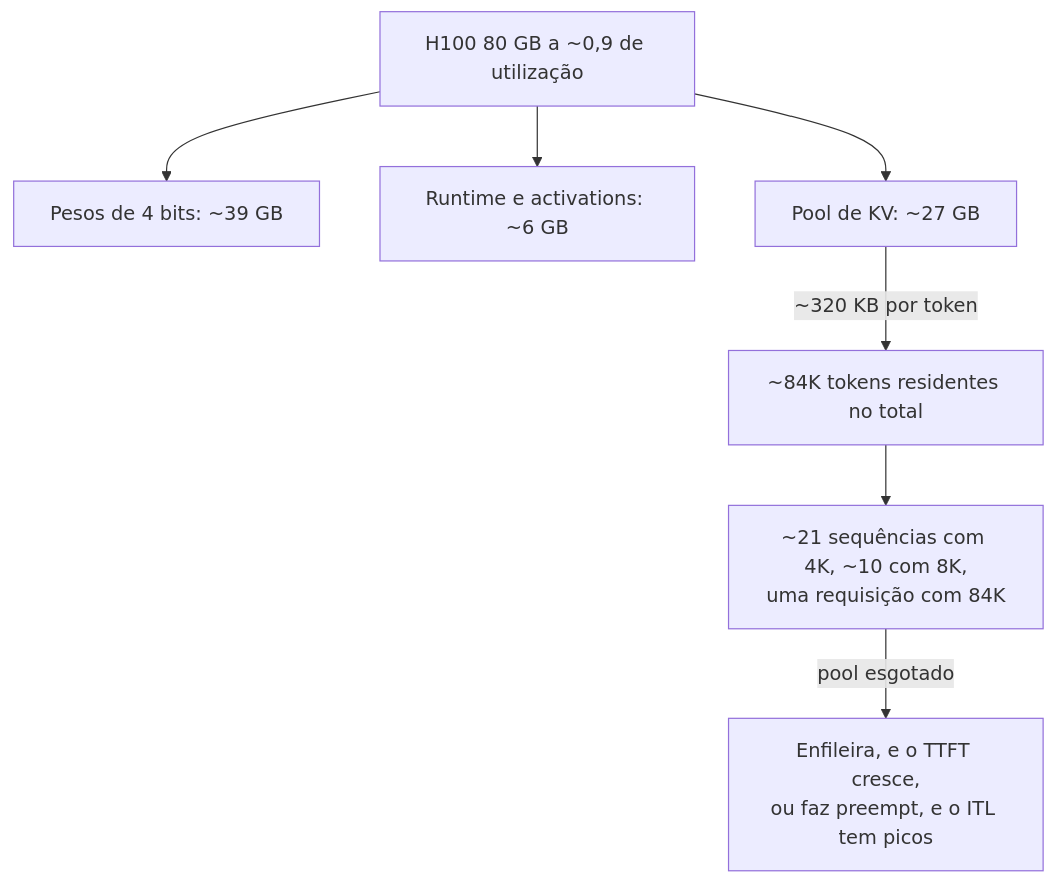
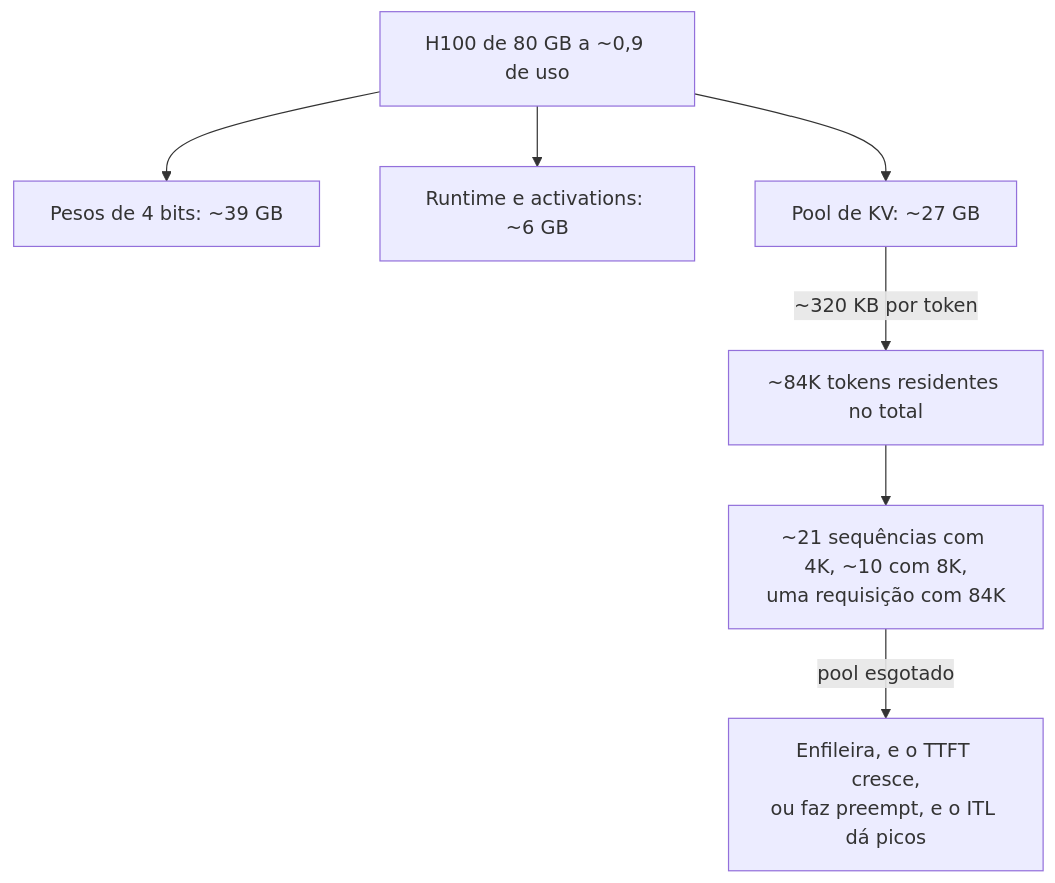
One commit to andrevberaldo/AI-Engineer-Interview-Questions changed diagram 17 of 28 in 08-inference-and-production/questions.pt-BR.md. Above: the diagram before and after it, drawn with Mermaid. The commit also changed other lines of this file and 1 other file, not shown here.

````diff
--- a/08-inference-and-production/questions.pt-BR.md
+++ b/08-inference-and-production/questions.pt-BR.md
@@ -963,9 +963,9 @@
 ```mermaid
 flowchart TD
-    G["H100 80 GB a ~0,9 de utilização"] --> W["Pesos de 4 bits: ~39 GB"]
+    G["H100 de 80 GB a ~0,9 de uso"] --> W["Pesos de 4 bits: ~39 GB"]
     G --> R["Runtime e activations: ~6 GB"]
     G --> KV["Pool de KV: ~27 GB"]
     KV -->|"~320 KB por token"| T["~84K tokens residentes no total"]
     T --> C["~21 sequências com 4K, ~10 com 8K,<br/>uma requisição com 84K"]
-    C -->|"pool esgotado"| P["Enfileira, e o TTFT cresce,<br/>ou faz preempt, e o ITL tem picos"]
+    C -->|"pool esgotado"| P["Enfileira, e o TTFT cresce,<br/>ou faz preempt, e o ITL dá picos"]
 ```
````
